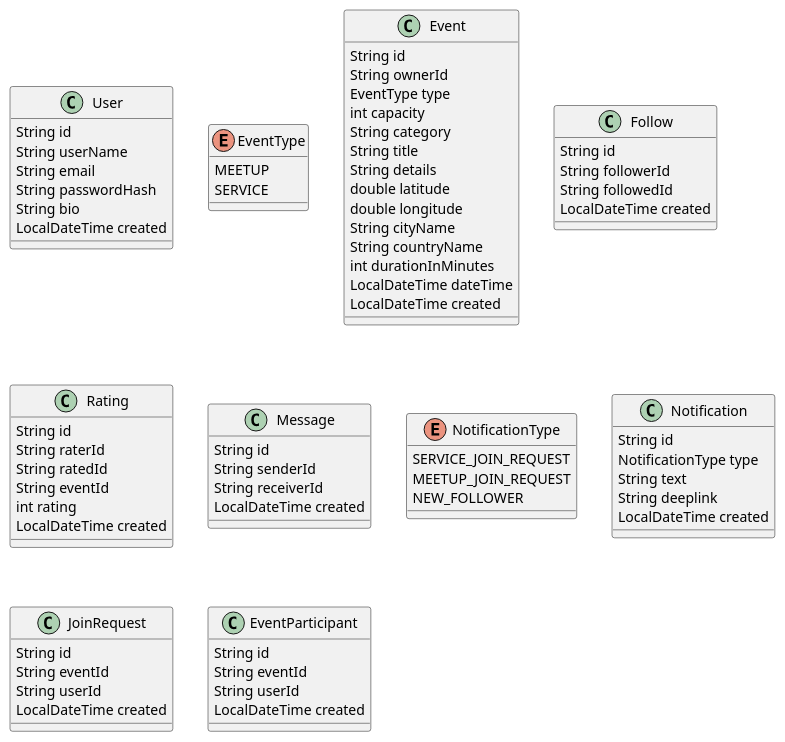
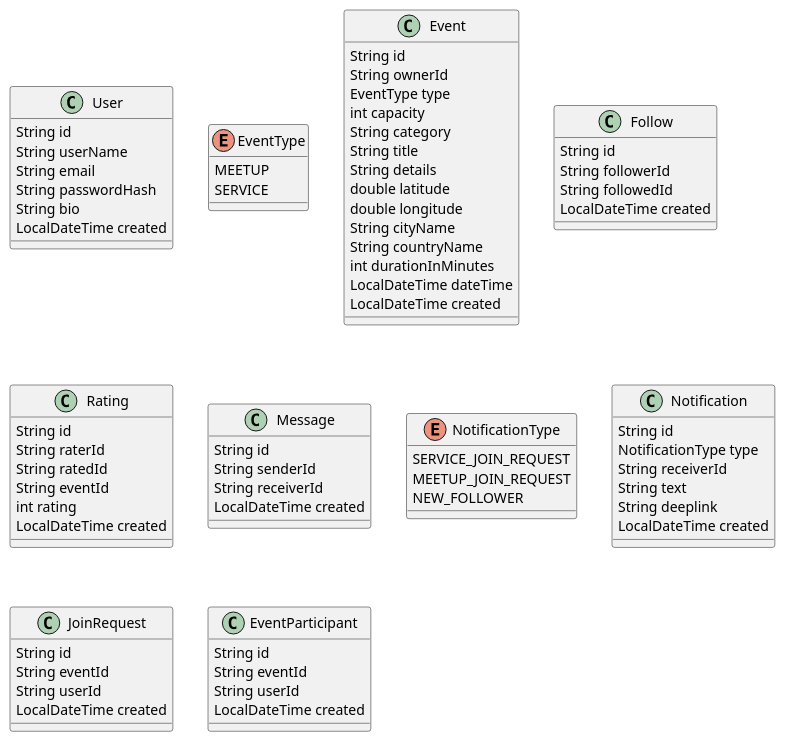
Before and after one commit to ETS-Android4/swe573: the diagram in diagrams/class.puml, drawn with PlantUML.

Commit message:
add receiver id to notification

```diff
--- a/diagrams/class.puml
+++ b/diagrams/class.puml
@@ -1,84 +1,85 @@
 @startuml Class
 class User {
     String id
     String userName
     String email
     String passwordHash
     String bio
     LocalDateTime created
 }
 
 enum EventType {
     MEETUP
     SERVICE
 }
 
 class Event {
     String id
     String ownerId
     EventType type
     int capacity
     String category
     String title
     String details
     double latitude
     double longitude
     String cityName
     String countryName
     int durationInMinutes
     LocalDateTime dateTime
     LocalDateTime created
 }
 
 class Follow {
     String id
     String followerId
     String followedId
     LocalDateTime created
 }
 
 class Rating {
     String id
     String raterId
     String ratedId
     String eventId
     int rating
     LocalDateTime created
 }
 
 class Message {
     String id
     String senderId
     String receiverId
     LocalDateTime created
 }
 
 enum NotificationType {
     SERVICE_JOIN_REQUEST
     MEETUP_JOIN_REQUEST
     NEW_FOLLOWER
 }
 
 class Notification {
     String id
     NotificationType type
+    String receiverId
     String text
     String deeplink
     LocalDateTime created
 }
 
 class JoinRequest {
     String id
     String eventId
     String userId
     LocalDateTime created
 }
 
 class EventParticipant {
     String id
     String eventId
     String userId
     LocalDateTime created
 }
 
 @enduml
```
